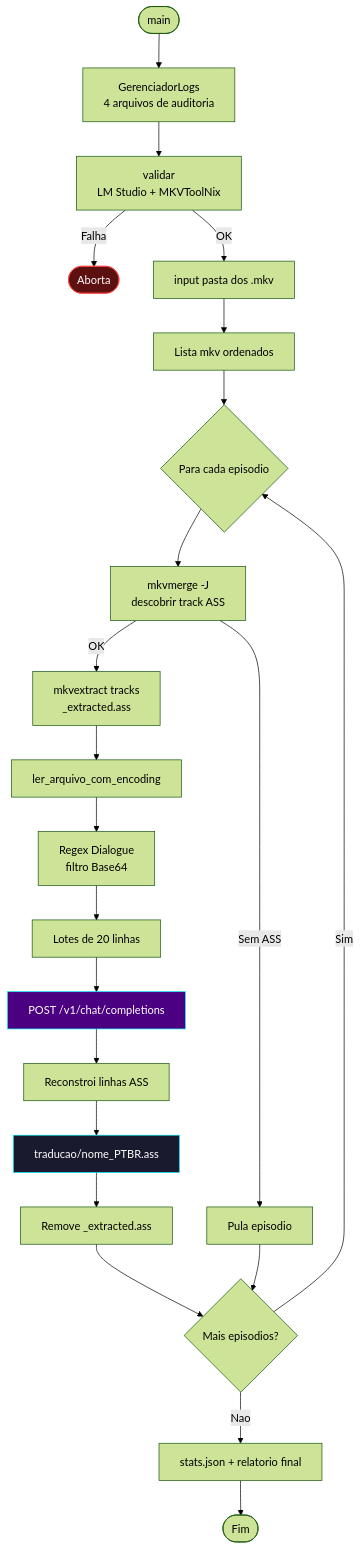
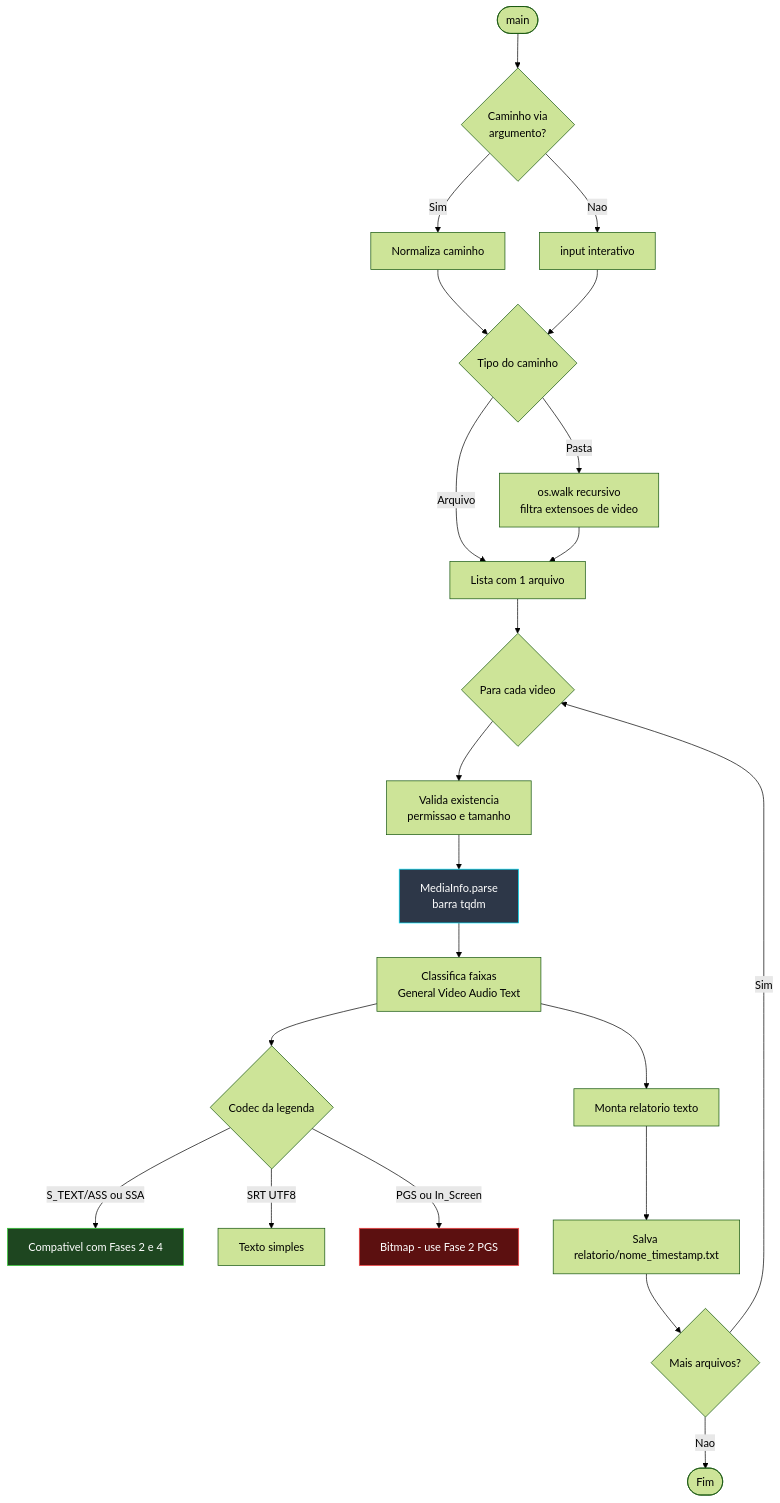
Before and after one commit to carmipa/projeto-tracker-animes-traducao: the diagram in docs/modulo-fase-1.md, drawn with Mermaid (forest theme). The commit also changed other lines of this file and 14 other files, not shown here.

````diff
--- a/docs/modulo-fase-1.md
+++ b/docs/modulo-fase-1.md
@@ -23,33 +25,36 @@
 ```mermaid
 flowchart TB
-    START([main]) --> LOG[GerenciadorLogs<br/>4 arquivos de auditoria]
-    LOG --> VAL[validar<br/>LM Studio + MKVToolNix]
+    START([main]) --> ARG{Caminho via<br/>argumento?}
 
-    VAL -->|Falha| ABORT([Aborta])
-    VAL -->|OK| PASTA[input pasta dos .mkv]
-    PASTA --> LISTA[Lista mkv ordenados]
-    LISTA --> LOOP{Para cada episodio}
+    ARG -->|Sim| PATH[Normaliza caminho]
+    ARG -->|Nao| INPUT[input interativo]
 
-    LOOP --> TRACK[mkvmerge -J<br/>descobrir track ASS]
-    TRACK -->|Sem ASS| SKIP[Pula episodio]
-    TRACK -->|OK| EXT[mkvextract tracks<br/>_extracted.ass]
+    PATH --> TIPO{Tipo do caminho}
+    INPUT --> TIPO
 
-    EXT --> READ[ler_arquivo_com_encoding]
-    READ --> REGEX[Regex Dialogue<br/>filtro Base64]
+    TIPO -->|Pasta| WALK[os.walk recursivo<br/>filtra extensoes de video]
+    TIPO -->|Arquivo| FILA[Lista com 1 arquivo]
 
-    REGEX --> LOTE[Lotes de 20 linhas]
-    LOTE --> API[POST /v1/chat/completions]
-    API --> REBUILD[Reconstroi linhas ASS]
-    REBUILD --> SAVE[traducao/nome_PTBR.ass]
-    SAVE --> CLEAN[Remove _extracted.ass]
-    CLEAN --> MORE{Mais episodios?}
-    MORE -->|Sim| LOOP
-    MORE -->|Nao| STATS[stats.json + relatorio final]
-    STATS --> END([Fim])
+    WALK --> FILA
+    FILA --> LOOP{Para cada video}
 
-    SKIP --> MORE
+    LOOP --> VAL[Valida existencia<br/>permissao e tamanho]
+    VAL --> PARSE[MediaInfo.parse<br/>barra tqdm]
 
-    style API fill:#4B0082,stroke:#00E5FF,color:#fff
-    style SAVE fill:#1a1a2e,stroke:#00E5FF,color:#fff
-    style ABORT fill:#5c1010,stroke:#ff4444,color:#fff
+    PARSE --> CLASS[Classifica faixas<br/>General Video Audio Text]
+    CLASS --> LEG{Codec da legenda}
+
+    LEG -->|S_TEXT/ASS ou SSA| OK[Compativel com Fases 2 e 4]
+    LEG -->|SRT UTF8| SRT[Texto simples]
+    LEG -->|PGS ou In_Screen| BLOCK[Bitmap - use Fase 2 PGS]
+
+    CLASS --> REL[Monta relatorio texto]
+    REL --> SAVE[Salva relatorio/nome_timestamp.txt]
+    SAVE --> NEXT{Mais arquivos?}
+    NEXT -->|Sim| LOOP
+    NEXT -->|Nao| END([Fim])
+
+    style OK fill:#1e4620,stroke:#32CD32,color:#fff
+    style BLOCK fill:#5c1010,stroke:#ff4444,color:#fff
+    style PARSE fill:#2d3748,stroke:#00E5FF,color:#fff
 ```
````
